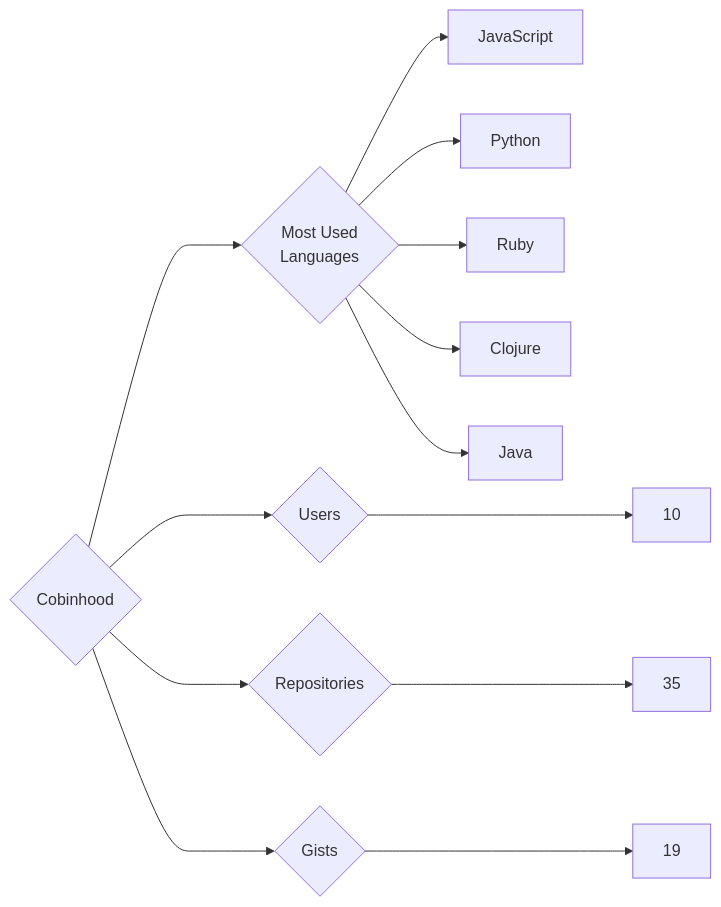
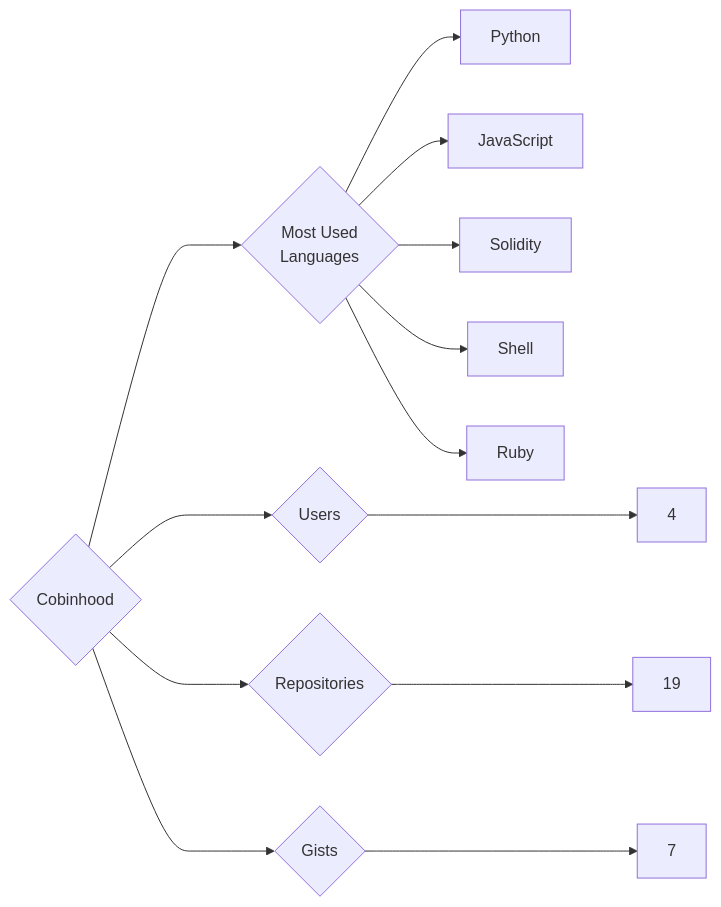
One commit to trickest/insiders changed the diagram in targets/Cobinhood/README.md. Above: the diagram before and after it, drawn with Mermaid. The commit also changed 724 other files, not shown here.

````diff
--- a/targets/Cobinhood/README.md
+++ b/targets/Cobinhood/README.md
@@ -3,13 +3,13 @@
 ```mermaid
 graph LR
 COMPANY_NAME{Cobinhood}
-COMPANY_NAME ---> U{Users} ---> UN[10]
-COMPANY_NAME ---> R{Repositories} ---> RN[35]
-COMPANY_NAME ---> G{Gists} ---> GN[19]
+COMPANY_NAME ---> U{Users} ---> UN[4]
+COMPANY_NAME ---> R{Repositories} ---> RN[19]
+COMPANY_NAME ---> G{Gists} ---> GN[7]
 COMPANY_NAME ---> ML{Most Used<br>Languages}
+ML --> Python[Python]
 ML --> JavaScript[JavaScript]
-ML --> Python[Python]
+ML --> Solidity[Solidity]
+ML --> Shell[Shell]
 ML --> Ruby[Ruby]
-ML --> Clojure[Clojure]
-ML --> Java[Java]
 ```
````
